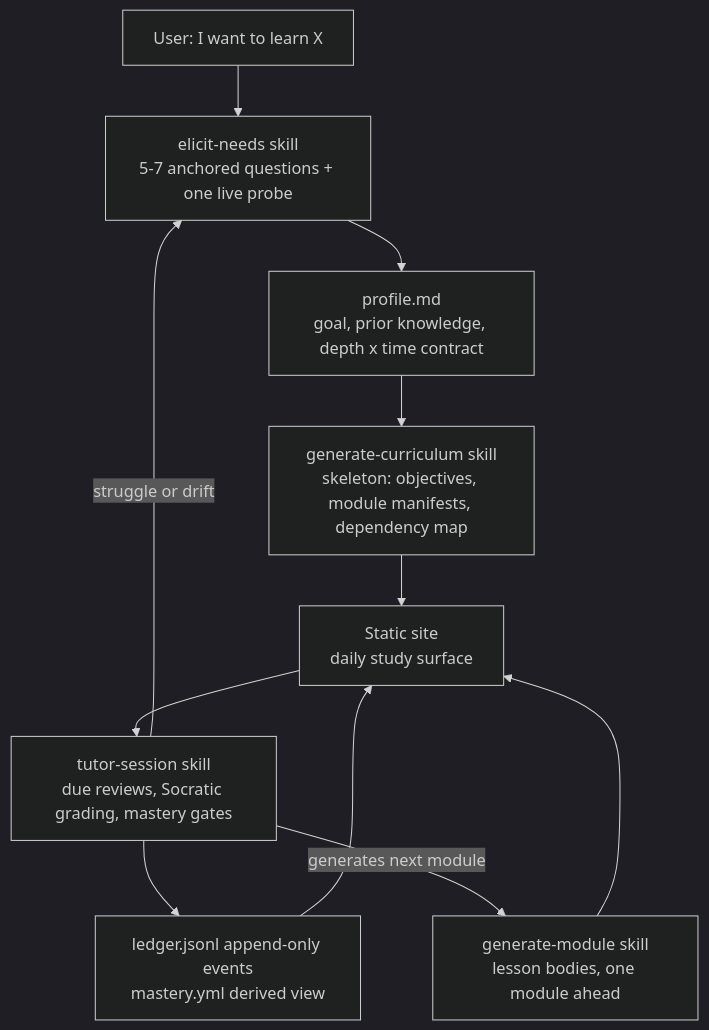
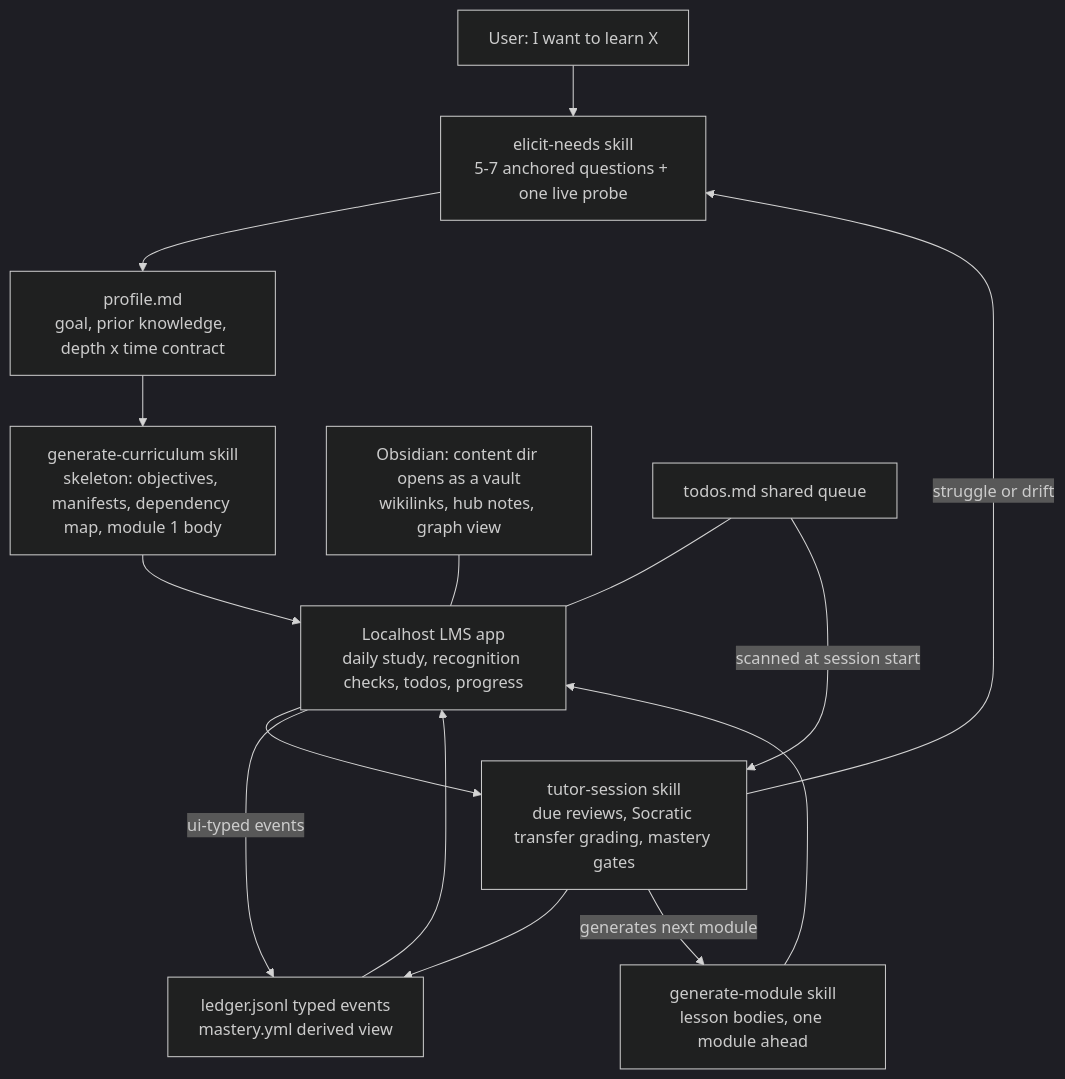
Before and after one commit to avishek2002/meno: the diagram in PLAN.md, drawn with Mermaid (dark theme). The commit also changed other lines of this file and 24 other files, not shown here.

````diff
--- a/PLAN.md
+++ b/PLAN.md
@@ -33,13 +39,17 @@
 ```mermaid
 graph TD
     A[User: I want to learn X] --> B[elicit-needs skill<br/>5-7 anchored questions + one live probe]
     B --> C[profile.md<br/>goal, prior knowledge, depth x time contract]
-    C --> D[generate-curriculum skill<br/>skeleton: objectives, module manifests, dependency map]
-    D --> E[Static site<br/>daily study surface]
+    C --> D[generate-curriculum skill<br/>skeleton: objectives, manifests, dependency map, module 1 body]
+    D --> E[Localhost LMS app<br/>daily study, recognition checks, todos, progress]
     F[generate-module skill<br/>lesson bodies, one module ahead] --> E
-    E --> G[tutor-session skill<br/>due reviews, Socratic grading, mastery gates]
-    G --> H[ledger.jsonl append-only events<br/>mastery.yml derived view]
+    E --> G[tutor-session skill<br/>due reviews, Socratic transfer grading, mastery gates]
+    G --> H[ledger.jsonl typed events<br/>mastery.yml derived view]
+    E -->|ui-typed events| H
     H --> E
     G -->|generates next module| F
     G -->|struggle or drift| B
+    V[Obsidian: content dir opens as a vault<br/>wikilinks, hub notes, graph view] --- E
+    T[todos.md shared queue] --- E
+    T -->|scanned at session start| G
 ```
````
